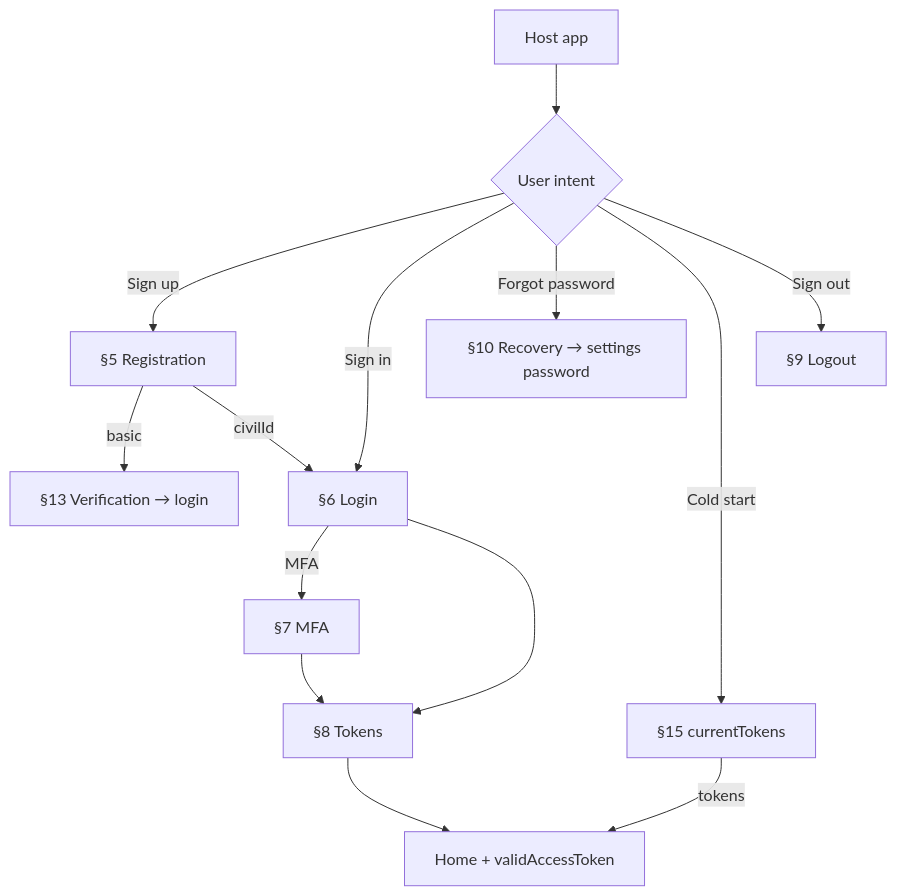
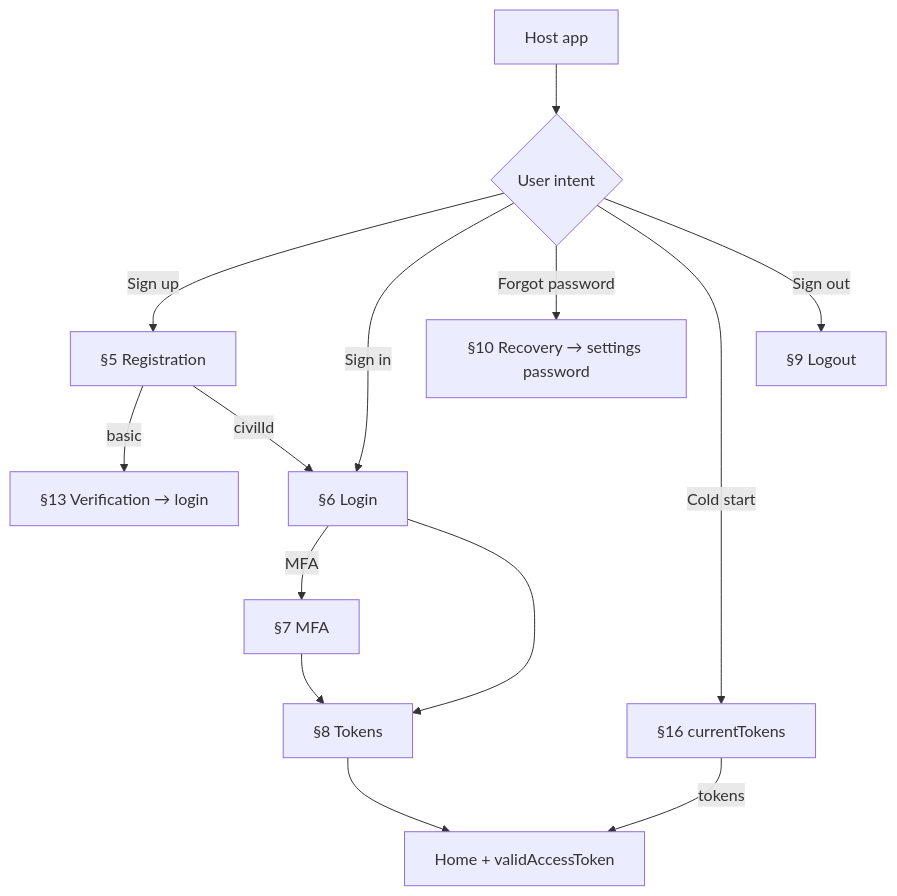
The second of 22 diagrams in Docs/USAGE.md (Jamisyed/MeeraAuth), drawn with Mermaid before and after one commit. The commit also changed other lines of this file and 9 other files, not shown here.

````diff
--- a/Docs/USAGE.md
+++ b/Docs/USAGE.md
@@ -53,16 +54,16 @@
 ```mermaid
 flowchart TD
   Start[Host app] --> J{User intent}
   J -->|Sign up| Reg[§5 Registration]
   Reg -->|basic| Ver[§13 Verification → login]
   Reg -->|civilId| Login[§6 Login]
   J -->|Sign in| Login
   Login -->|MFA| MFA[§7 MFA]
   Login --> Tok[§8 Tokens]
   MFA --> Tok
   J -->|Forgot password| Rec[§10 Recovery → settings password]
-  J -->|Cold start| Cold[§15 currentTokens]
+  J -->|Cold start| Cold[§16 currentTokens]
   Cold -->|tokens| Home[Home + validAccessToken]
   Tok --> Home
   J -->|Sign out| Out[§9 Logout]
 ```
````
